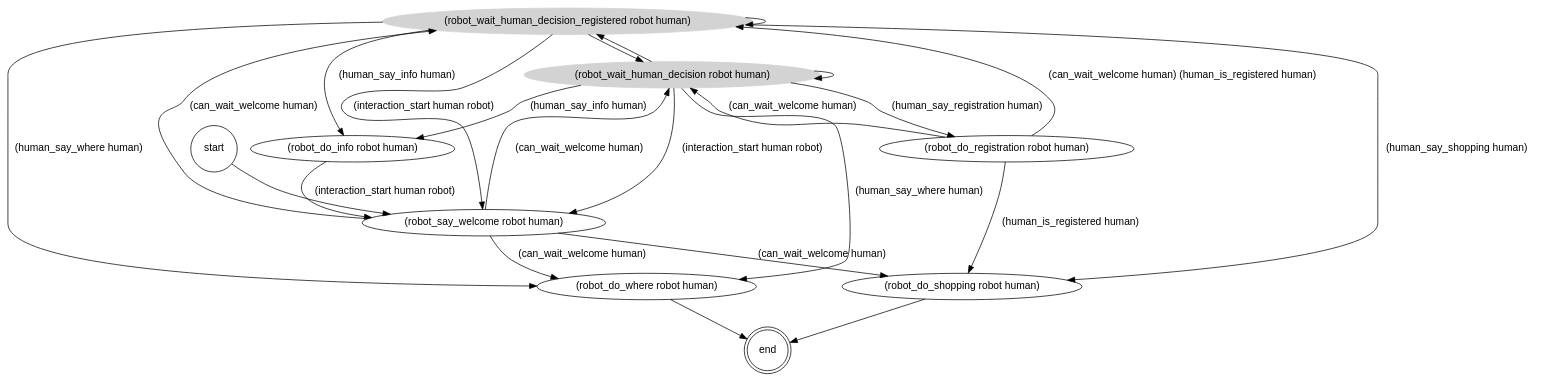
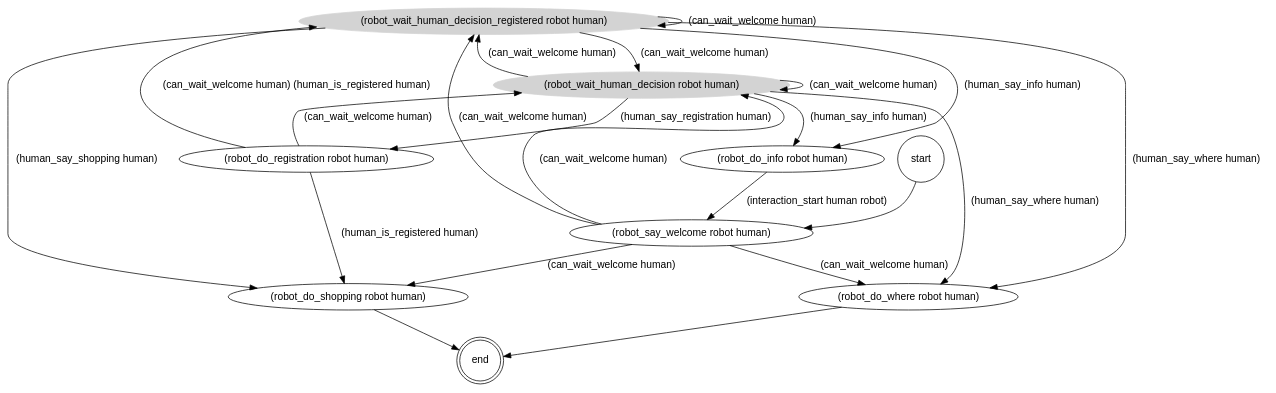
Before and after one commit to francescotss/PepperMart: the diagram in playground/pddl/hri_problem_example_v2.gv, drawn with Graphviz. The commit also changed 12 other files, not shown here.

```diff
--- a/playground/pddl/hri_problem_example_v2.gv
+++ b/playground/pddl/hri_problem_example_v2.gv
@@ -1,41 +1,39 @@
 strict digraph "" {
 	graph [fontname=helvetica];
 	node [fontname=helvetica,
 		label="\N",
 		shape=ellipse
 	];
 	edge [fontname=helvetica];
 	"(end)"	 [label=end,
 		peripheries=2,
 		shape=circle];
+	"(robot_do_shopping robot human)" -> "(end)";
 	"(robot_do_where robot human)" -> "(end)";
-	"(robot_do_shopping robot human)" -> "(end)";
 	"(robot_wait_human_decision_registered robot human)"	 [color=lightgrey,
 		style=filled];
+	"(robot_wait_human_decision_registered robot human)" -> "(robot_do_shopping robot human)"	 [label="(human_say_shopping human)"];
 	"(robot_wait_human_decision_registered robot human)" -> "(robot_do_where robot human)"	 [label="(human_say_where human)"];
-	"(robot_wait_human_decision_registered robot human)" -> "(robot_do_shopping robot human)"	 [label="(human_say_shopping human)"];
-	"(robot_wait_human_decision_registered robot human)" -> "(robot_wait_human_decision_registered robot human)";
+	"(robot_wait_human_decision_registered robot human)" -> "(robot_wait_human_decision_registered robot human)"	 [label="(can_wait_welcome human)"];
 	"(robot_wait_human_decision robot human)"	 [color=lightgrey,
 		style=filled];
-	"(robot_wait_human_decision_registered robot human)" -> "(robot_wait_human_decision robot human)";
+	"(robot_wait_human_decision_registered robot human)" -> "(robot_wait_human_decision robot human)"	 [label="(can_wait_welcome human)"];
 	"(robot_wait_human_decision_registered robot human)" -> "(robot_do_info robot human)"	 [label="(human_say_info human)"];
-	"(robot_wait_human_decision_registered robot human)" -> "(robot_say_welcome robot human)"	 [label="(interaction_start human robot)"];
 	"(robot_wait_human_decision robot human)" -> "(robot_do_where robot human)"	 [label="(human_say_where human)"];
-	"(robot_wait_human_decision robot human)" -> "(robot_wait_human_decision_registered robot human)";
-	"(robot_wait_human_decision robot human)" -> "(robot_wait_human_decision robot human)";
+	"(robot_wait_human_decision robot human)" -> "(robot_wait_human_decision_registered robot human)"	 [label="(can_wait_welcome human)"];
+	"(robot_wait_human_decision robot human)" -> "(robot_wait_human_decision robot human)"	 [label="(can_wait_welcome human)"];
 	"(robot_wait_human_decision robot human)" -> "(robot_do_info robot human)"	 [label="(human_say_info human)"];
-	"(robot_wait_human_decision robot human)" -> "(robot_say_welcome robot human)"	 [label="(interaction_start human robot)"];
 	"(robot_wait_human_decision robot human)" -> "(robot_do_registration robot human)"	 [label="(human_say_registration human)"];
 	"(robot_do_info robot human)" -> "(robot_say_welcome robot human)"	 [label="(interaction_start human robot)"];
+	"(robot_say_welcome robot human)" -> "(robot_do_shopping robot human)"	 [label="(can_wait_welcome human)"];
 	"(robot_say_welcome robot human)" -> "(robot_do_where robot human)"	 [label="(can_wait_welcome human)"];
-	"(robot_say_welcome robot human)" -> "(robot_do_shopping robot human)"	 [label="(can_wait_welcome human)"];
 	"(robot_say_welcome robot human)" -> "(robot_wait_human_decision_registered robot human)"	 [label="(can_wait_welcome human)"];
 	"(robot_say_welcome robot human)" -> "(robot_wait_human_decision robot human)"	 [label="(can_wait_welcome human)"];
 	"(robot_do_registration robot human)" -> "(robot_do_shopping robot human)"	 [label="(human_is_registered human)"];
 	"(robot_do_registration robot human)" -> "(robot_wait_human_decision_registered robot human)"	 [label="(can_wait_welcome human) (human_is_registered human)"];
 	"(robot_do_registration robot human)" -> "(robot_wait_human_decision robot human)"	 [label="(can_wait_welcome human)"];
 	"(start)"	 [label=start,
 		peripheries=1,
 		shape=circle];
 	"(start)" -> "(robot_say_welcome robot human)";
 }
```
